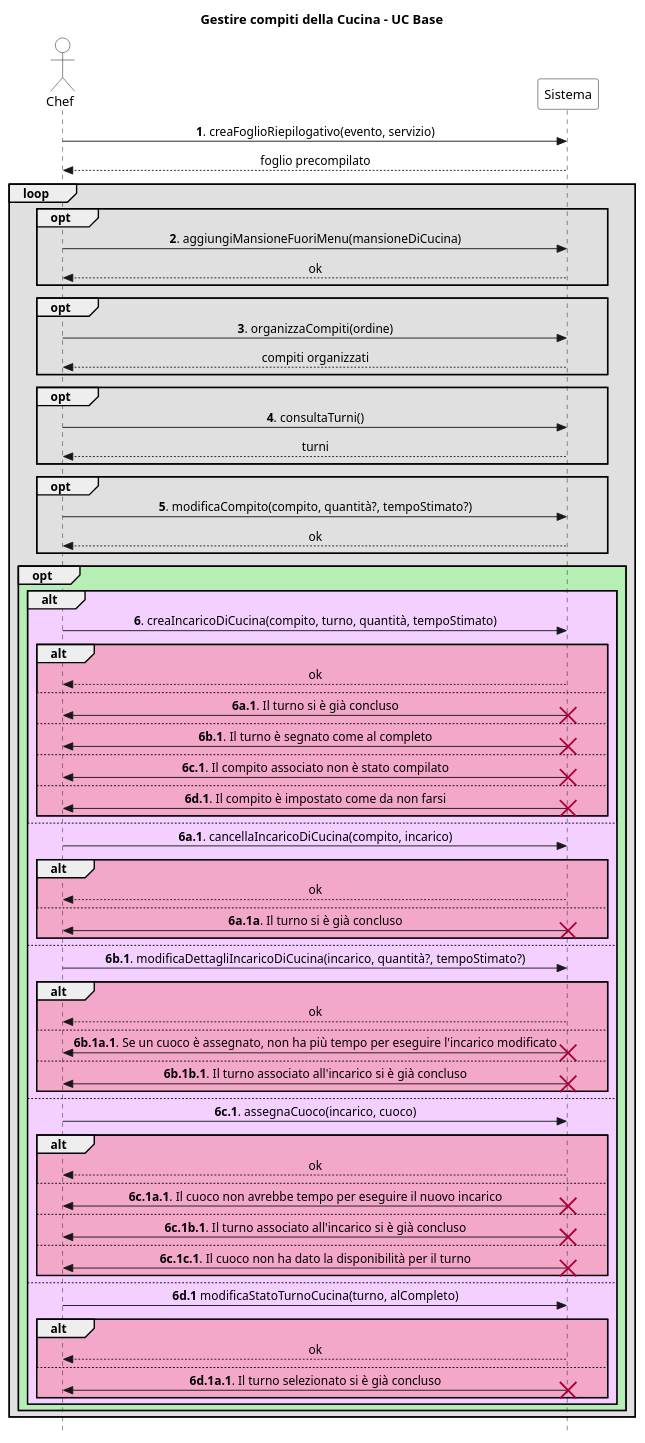
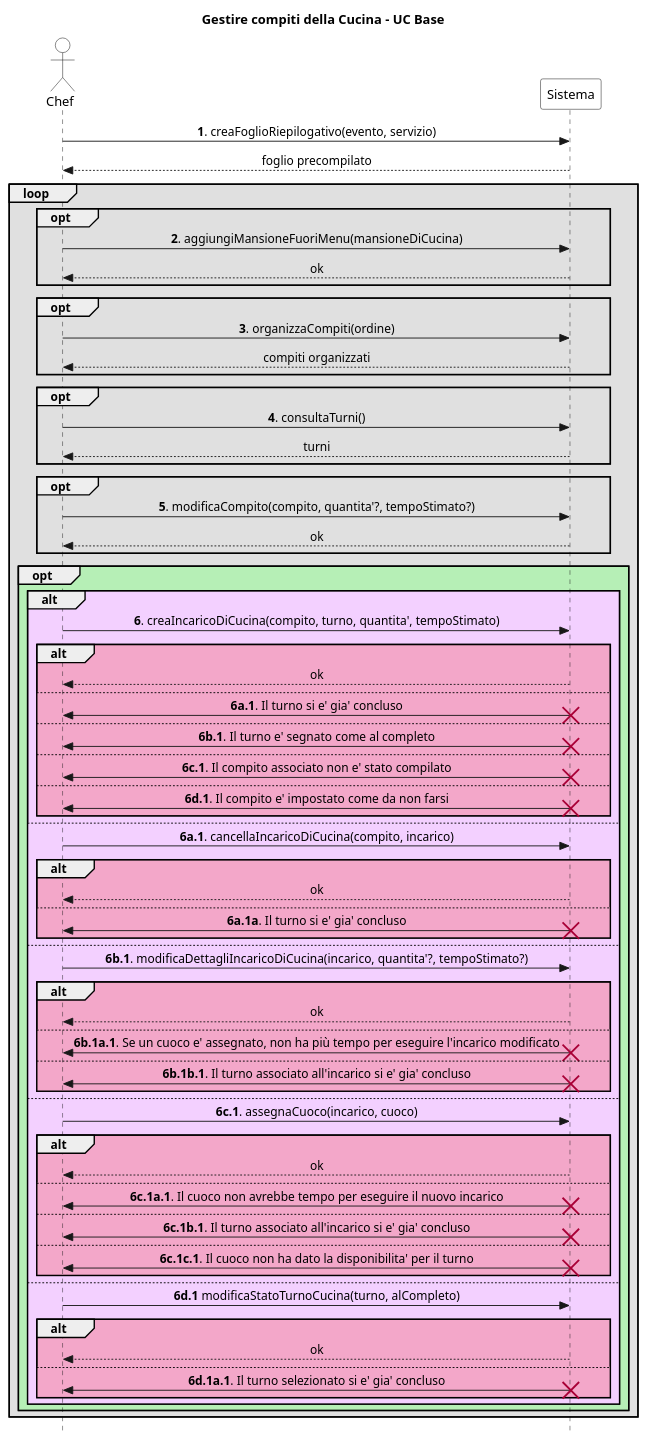
The diagram in UP/Requisiti/UC Gestire Compiti Cucina/SSD/Estensioni-Eccezioni Op6.puml (stefa168/sas-project), drawn with PlantUML before and after one commit. The commit also changed 6 other files, not shown here.

```diff
--- a/UP/Requisiti/UC Gestire Compiti Cucina/SSD/Estensioni-Eccezioni Op6.puml
+++ b/UP/Requisiti/UC Gestire Compiti Cucina/SSD/Estensioni-Eccezioni Op6.puml
@@ -1,106 +1,106 @@
 @startuml
 skinparam Style strictuml
 skinparam SequenceMessageAlign center
 
 skinparam sequence {
     ActorBorderColor Black
     ActorBackgroundColor White
     ParticipantBorderColor Black
     ParticipantBackgroundColor White
 }
 
 actor Chef
 participant Sistema
 
 title Gestire compiti della Cucina - UC Base
 
 Chef -> Sistema: **1**. creaFoglioRiepilogativo(evento, servizio)
 return foglio precompilato
 
 loop #e0e0e0
     opt #e0e0e0
         Chef -> Sistema: **2**. aggiungiMansioneFuoriMenu(mansioneDiCucina)
         return ok
     end
 
     opt #e0e0e0
         Chef -> Sistema: **3**. organizzaCompiti(ordine)
         return compiti organizzati
     end
 
     opt #e0e0e0
         Chef -> Sistema: **4**. consultaTurni()
         return turni
     end
 
     opt #e0e0e0
-        Chef -> Sistema: **5**. modificaCompito(compito, quantità?, tempoStimato?)
+        Chef -> Sistema: **5**. modificaCompito(compito, quantita'?, tempoStimato?)
         return ok
     end
 
     opt #b6efb6
         alt #f3d0ff
-            Chef -> Sistema: **6**. creaIncaricoDiCucina(compito, turno, quantità, tempoStimato)
+            Chef -> Sistema: **6**. creaIncaricoDiCucina(compito, turno, quantita', tempoStimato)
             alt #f3a7c9
                 return ok
             else
-                Chef <- Sistema: **6a.1**. Il turno si è già concluso
+                Chef <- Sistema: **6a.1**. Il turno si e' gia' concluso
                 destroy Sistema
             else
-                Chef <- Sistema: **6b.1**. Il turno è segnato come al completo
+                Chef <- Sistema: **6b.1**. Il turno e' segnato come al completo
                 destroy Sistema
             else
-                Chef <- Sistema: **6c.1**. Il compito associato non è stato compilato
+                Chef <- Sistema: **6c.1**. Il compito associato non e' stato compilato
                 destroy Sistema
             else
-                Chef <- Sistema: **6d.1**. Il compito è impostato come da non farsi
+                Chef <- Sistema: **6d.1**. Il compito e' impostato come da non farsi
                 destroy Sistema
             end
         else
             Chef -> Sistema: **6a.1**. cancellaIncaricoDiCucina(compito, incarico)
             alt #f3a7c9
                 return ok
             else
-                Chef <- Sistema: **6a.1a**. Il turno si è già concluso
+                Chef <- Sistema: **6a.1a**. Il turno si e' gia' concluso
                 destroy Sistema
             end
         else
-            Chef -> Sistema: **6b.1**. modificaDettagliIncaricoDiCucina(incarico, quantità?, tempoStimato?)
+            Chef -> Sistema: **6b.1**. modificaDettagliIncaricoDiCucina(incarico, quantita'?, tempoStimato?)
             alt #f3a7c9
                 return ok
             else
-                Chef <- Sistema: **6b.1a.1**. Se un cuoco è assegnato, non ha più tempo per eseguire l'incarico modificato
+                Chef <- Sistema: **6b.1a.1**. Se un cuoco e' assegnato, non ha più tempo per eseguire l'incarico modificato
                 destroy Sistema
             else
-                Chef <- Sistema: **6b.1b.1**. Il turno associato all'incarico si è già concluso
+                Chef <- Sistema: **6b.1b.1**. Il turno associato all'incarico si e' gia' concluso
                 destroy Sistema
             end
         else
             Chef -> Sistema: **6c.1**. assegnaCuoco(incarico, cuoco)
             alt #f3a7c9
                 return ok
             else
                 Chef <- Sistema: **6c.1a.1**. Il cuoco non avrebbe tempo per eseguire il nuovo incarico
                 destroy Sistema
             else
-                Chef <- Sistema: **6c.1b.1**. Il turno associato all'incarico si è già concluso
+                Chef <- Sistema: **6c.1b.1**. Il turno associato all'incarico si e' gia' concluso
                 destroy Sistema
             else
-                Chef <- Sistema: **6c.1c.1**. Il cuoco non ha dato la disponibilità per il turno
+                Chef <- Sistema: **6c.1c.1**. Il cuoco non ha dato la disponibilita' per il turno
                 destroy Sistema
             end
         else
             Chef -> Sistema: **6d.1** modificaStatoTurnoCucina(turno, alCompleto)
             alt #f3a7c9
                 return ok
             else
-                Chef <- Sistema: **6d.1a.1**. Il turno selezionato si è già concluso
+                Chef <- Sistema: **6d.1a.1**. Il turno selezionato si e' gia' concluso
                 destroy Sistema
             end
         end
     end
 
 end
 
 
 @enduml
```
